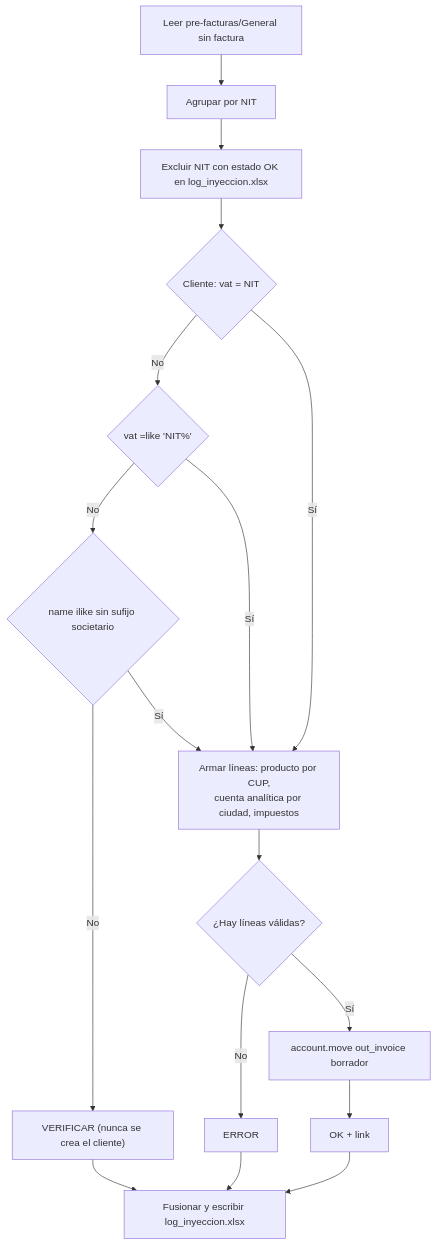
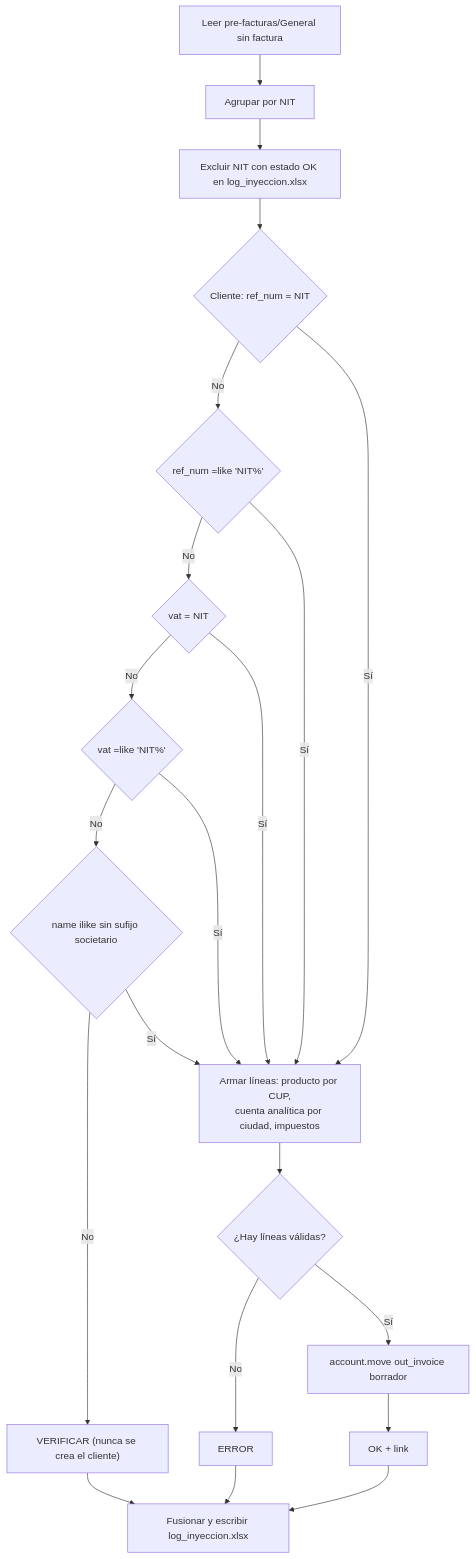
Before and after one commit to santo2409/Facturacion: the tenth of 12 diagrams in docs/c4-diagrams.md, drawn with Mermaid.

Commit message:
docs(docs): update c4-diagrams

````diff
--- a/docs/c4-diagrams.md
+++ b/docs/c4-diagrams.md
@@ -456,19 +456,23 @@
 ```mermaid
 flowchart TD
     A[Leer pre-facturas/General sin factura] --> B[Agrupar por NIT]
     B --> C[Excluir NIT con estado OK en log_inyeccion.xlsx]
-    C --> D{Cliente: vat = NIT}
-    D -->|No| E{vat =like 'NIT%'}
-    E -->|No| F{name ilike sin sufijo societario}
+    C --> D{Cliente: ref_num = NIT}
+    D -->|No| E{ref_num =like 'NIT%'}
+    E -->|No| E2{vat = NIT}
+    E2 -->|No| E3{vat =like 'NIT%'}
+    E3 -->|No| F{name ilike sin sufijo societario}
     F -->|No| V["VERIFICAR (nunca se crea el cliente)"]
     D -->|Sí| L
     E -->|Sí| L
+    E2 -->|Sí| L
+    E3 -->|Sí| L
     F -->|Sí| L[Armar líneas: producto por CUP,<br/>cuenta analítica por ciudad, impuestos]
     L --> LL{¿Hay líneas válidas?}
     LL -->|No| ER[ERROR]
     LL -->|Sí| M[account.move out_invoice borrador]
     M --> OK[OK + link]
     V --> LOG[Fusionar y escribir log_inyeccion.xlsx]
     ER --> LOG
     OK --> LOG
 ```
````
